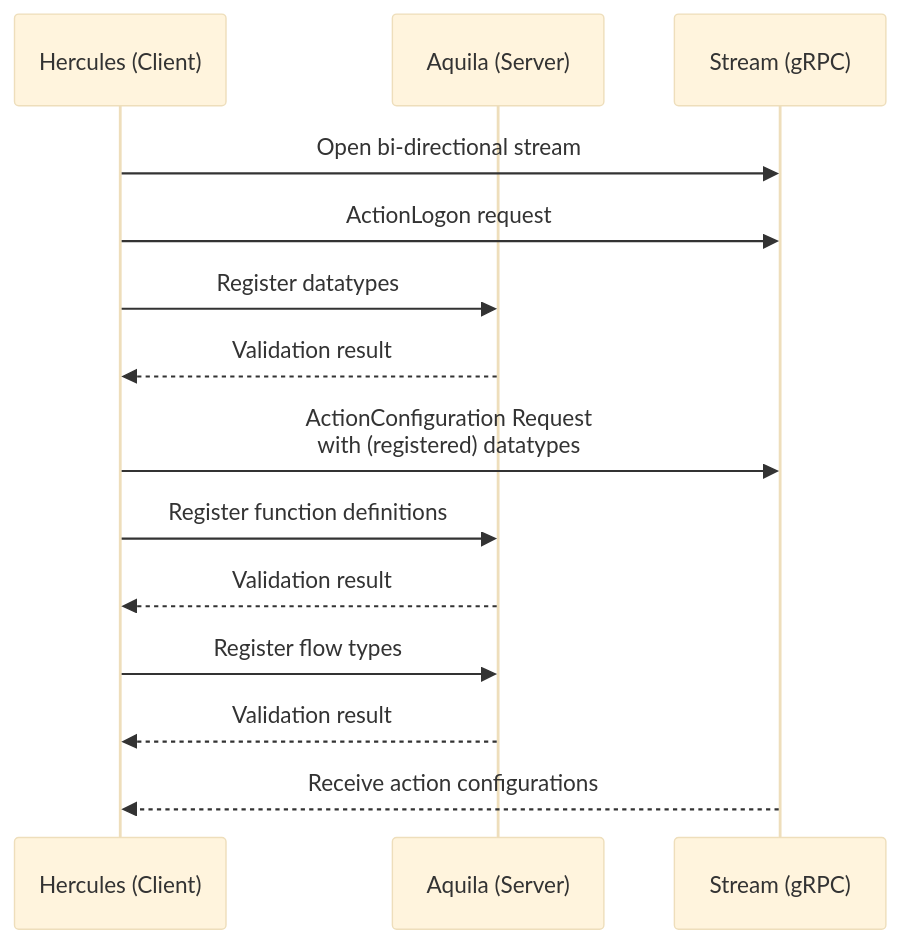
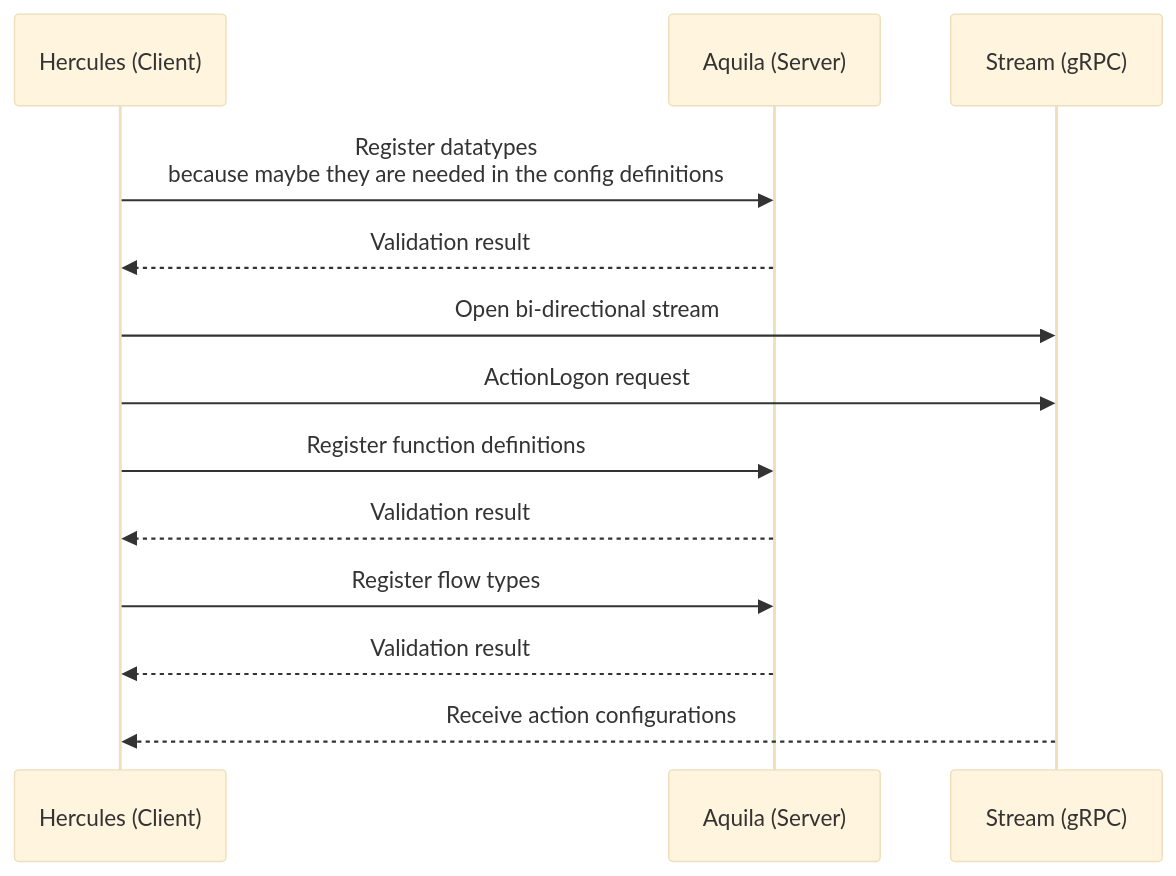
The first of 3 diagrams in README.md (code0-tech/hercules), drawn with Mermaid (base theme) before and after one commit. The commit also changed 3 other files, not shown here.

````diff
--- a/README.md
+++ b/README.md
@@ -11,22 +11,22 @@
 ```mermaid
 sequenceDiagram
     participant Hercules as Hercules (Client)
     participant Aquila as Aquila (Server)
     participant Stream as Stream (gRPC)
 
+    Hercules->>Aquila: Register datatypes<br>because maybe they are needed in the config definitions
+    Aquila-->>Hercules: Validation result
+ 
+
     Hercules->>Stream: Open bi-directional stream
     Hercules->>Stream: ActionLogon request
 
-    Hercules->>Aquila: Register datatypes
-    Aquila-->>Hercules: Validation result
-    
-    Hercules->>Stream: ActionConfiguration Request<br>with (registered) datatypes
-
+   
     Hercules->>Aquila: Register function definitions
     Aquila-->>Hercules: Validation result
 
     Hercules->>Aquila: Register flow types
     Aquila-->>Hercules: Validation result
 
     Stream-->>Hercules: Receive action configurations
 ```
````
